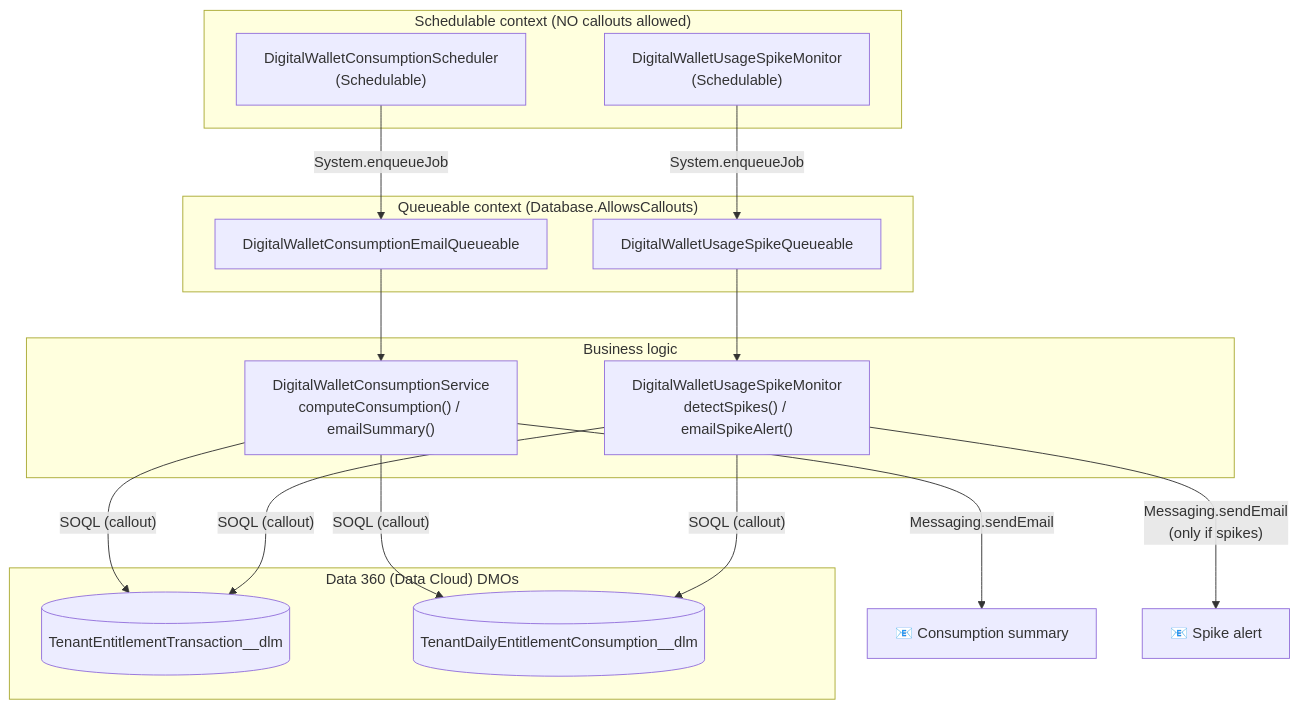
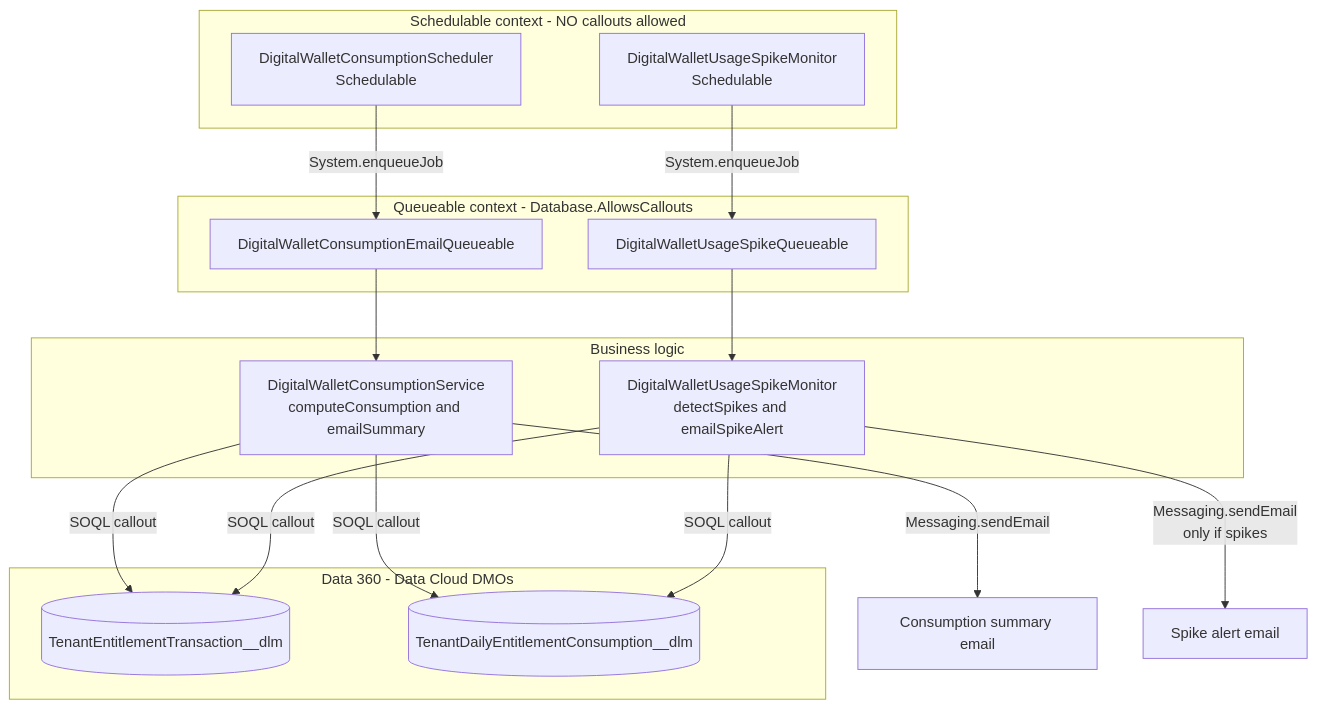
The first of 2 diagrams in README.md (Amit-Tripathi/apex-partner-digital-wallet), drawn with Mermaid before and after one commit. The commit also changed other lines of this file, not shown here.

First line of the commit message:
Fix README: clarify standard DMO fields and fix mermaid diagrams

````diff
--- a/README.md
+++ b/README.md
@@ -132,33 +132,33 @@
 ```mermaid
 flowchart TD
-    subgraph SchedCtx["Schedulable context (NO callouts allowed)"]
-        S1["DigitalWalletConsumptionScheduler\n(Schedulable)"]
-        S2["DigitalWalletUsageSpikeMonitor\n(Schedulable)"]
+    subgraph SchedCtx["Schedulable context - NO callouts allowed"]
+        S1["DigitalWalletConsumptionScheduler<br/>Schedulable"]
+        S2["DigitalWalletUsageSpikeMonitor<br/>Schedulable"]
     end
 
-    subgraph AsyncCtx["Queueable context (Database.AllowsCallouts)"]
+    subgraph AsyncCtx["Queueable context - Database.AllowsCallouts"]
         Q1["DigitalWalletConsumptionEmailQueueable"]
         Q2["DigitalWalletUsageSpikeQueueable"]
     end
 
     subgraph Logic["Business logic"]
-        SVC["DigitalWalletConsumptionService\ncomputeConsumption() / emailSummary()"]
-        MON["DigitalWalletUsageSpikeMonitor\ndetectSpikes() / emailSpikeAlert()"]
+        SVC["DigitalWalletConsumptionService<br/>computeConsumption and emailSummary"]
+        MON["DigitalWalletUsageSpikeMonitor<br/>detectSpikes and emailSpikeAlert"]
     end
 
-    subgraph DataCloud["Data 360 (Data Cloud) DMOs"]
+    subgraph DataCloud["Data 360 - Data Cloud DMOs"]
         D1[("TenantEntitlementTransaction__dlm")]
         D2[("TenantDailyEntitlementConsumption__dlm")]
     end
 
-    S1 -- "System.enqueueJob" --> Q1
-    S2 -- "System.enqueueJob" --> Q2
+    S1 -->|"System.enqueueJob"| Q1
+    S2 -->|"System.enqueueJob"| Q2
     Q1 --> SVC
     Q2 --> MON
-    SVC -- "SOQL (callout)" --> D1
-    SVC -- "SOQL (callout)" --> D2
-    MON -- "SOQL (callout)" --> D1
-    MON -- "SOQL (callout)" --> D2
-    SVC -- "Messaging.sendEmail" --> M1["📧 Consumption summary"]
-    MON -- "Messaging.sendEmail\n(only if spikes)" --> M2["📧 Spike alert"]
+    SVC -->|"SOQL callout"| D1
+    SVC -->|"SOQL callout"| D2
+    MON -->|"SOQL callout"| D1
+    MON -->|"SOQL callout"| D2
+    SVC -->|"Messaging.sendEmail"| M1["Consumption summary email"]
+    MON -->|"Messaging.sendEmail<br/>only if spikes"| M2["Spike alert email"]
 ```
````
